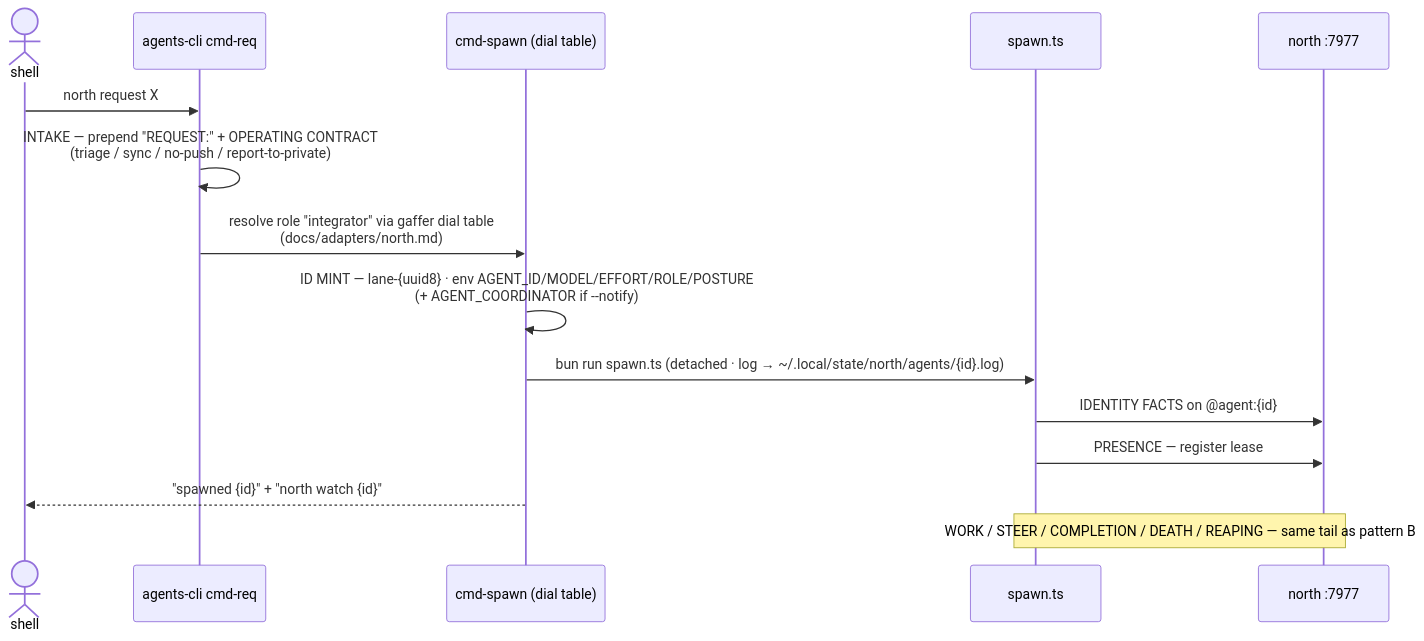
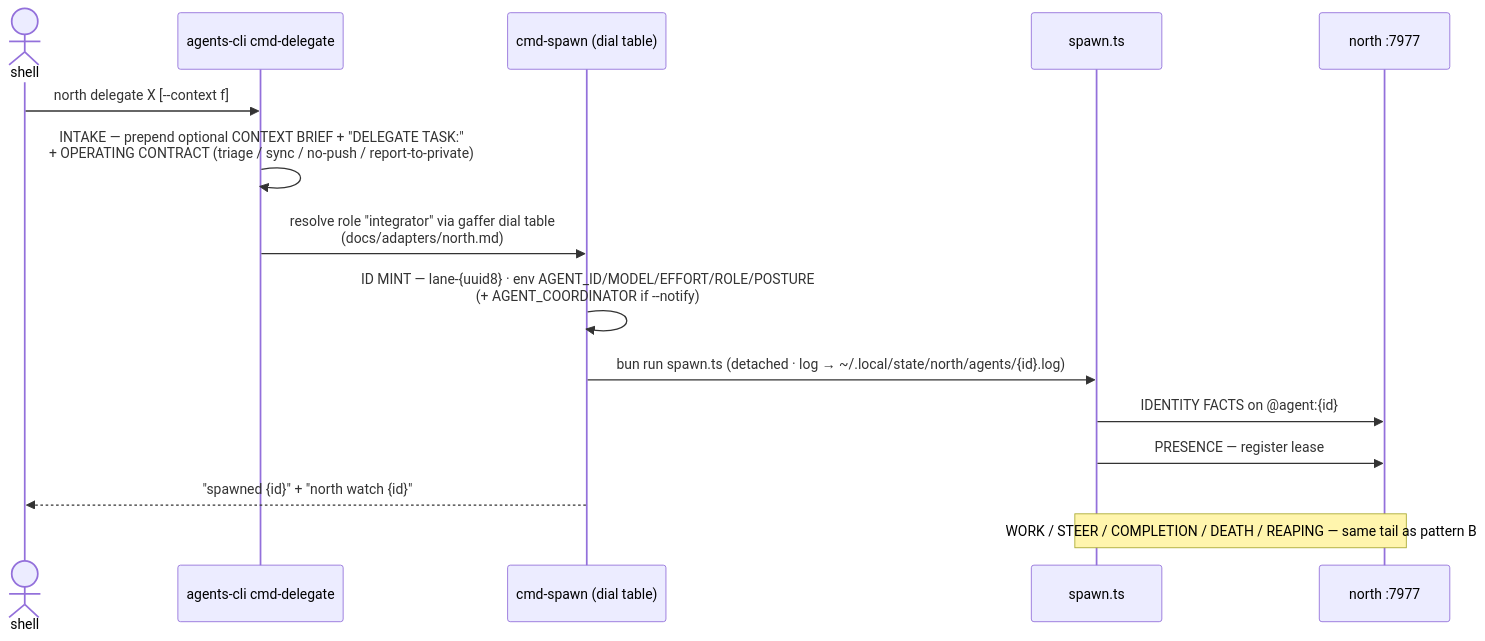
The fifth of 10 diagrams in dotfiles/claude/docs/workflow-map.md (tompassarelli/firn), drawn with Mermaid before and after one commit. The commit also changed other lines of this file and 1 other file, not shown here.

First line of the commit message:
claude: unify /request + /offload into /delegate (context as parameter)

````diff
--- a/dotfiles/claude/docs/workflow-map.md
+++ b/dotfiles/claude/docs/workflow-map.md
@@ -181,17 +187,17 @@
 ```mermaid
 sequenceDiagram
     actor SH as shell
-    participant CLI as agents-cli cmd-req
+    participant CLI as agents-cli cmd-delegate
     participant CS as cmd-spawn (dial table)
     participant SP as spawn.ts
     participant T as north :7977
-    SH->>CLI: north request X
-    CLI->>CLI: INTAKE — prepend "REQUEST:" + OPERATING CONTRACT<br/>(triage / sync / no-push / report-to-private)
+    SH->>CLI: north delegate X [--context f]
+    CLI->>CLI: INTAKE — prepend optional CONTEXT BRIEF + "DELEGATE TASK:"<br/>+ OPERATING CONTRACT (triage / sync / no-push / report-to-private)
     CLI->>CS: resolve role "integrator" via gaffer dial table<br/>(docs/adapters/north.md)
     CS->>CS: ID MINT — lane-{uuid8} · env AGENT_ID/MODEL/EFFORT/ROLE/POSTURE<br/>(+ AGENT_COORDINATOR if --notify)
     CS->>SP: bun run spawn.ts (detached · log → ~/.local/state/north/agents/{id}.log)
     SP->>T: IDENTITY FACTS on @agent:{id}
     SP->>T: PRESENCE — register lease
     CS-->>SH: "spawned {id}" + "north watch {id}"
     Note over SP,T: WORK / STEER / COMPLETION / DEATH / REAPING — same tail as pattern B
 ```
````
